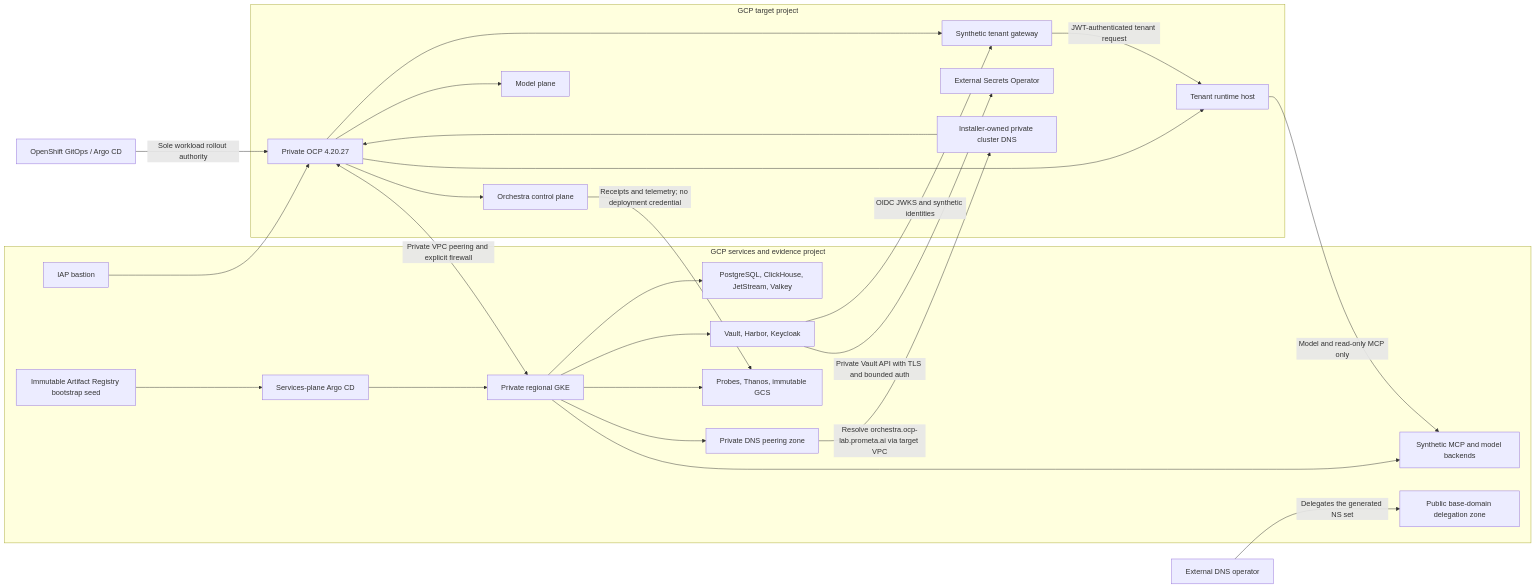
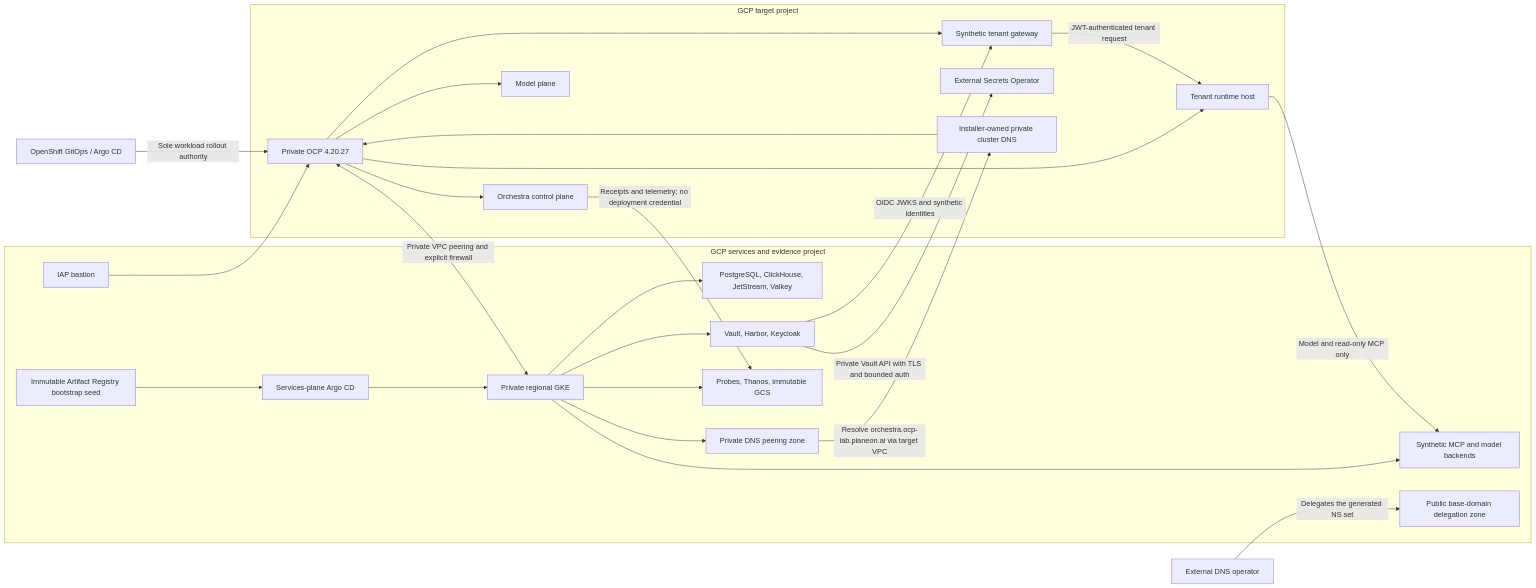
The diagram in docs/architecture.md (caglarsubas/orchestra-openshift-reference-lab), drawn with Mermaid before and after one commit. The commit also changed other lines of this file and 79 other files, not shown here.

````diff
--- a/docs/architecture.md
+++ b/docs/architecture.md
@@ -5,48 +5,48 @@
 ```mermaid
 flowchart LR
   subgraph GCP_TARGET["GCP target project"]
     OCP["Private OCP 4.20.27"]
     PLATFORM["Orchestra control plane"]
     GATEWAY["Synthetic tenant gateway"]
     RUNTIME["Tenant runtime host"]
     MODEL["Model plane"]
     ESO["External Secrets Operator"]
     PRIVATE_DNS["Installer-owned private cluster DNS"]
     OCP --> PLATFORM
     OCP --> GATEWAY
     OCP --> RUNTIME
     OCP --> MODEL
     GATEWAY -->|"JWT-authenticated tenant request"| RUNTIME
     PRIVATE_DNS --> OCP
   end
 
   subgraph GCP_SERVICES["GCP services and evidence project"]
     IAP["IAP bastion"]
     GKE["Private regional GKE"]
     DATA["PostgreSQL, ClickHouse, JetStream, Valkey"]
     SECURITY["Vault, Harbor, Keycloak"]
     SEED["Immutable Artifact Registry bootstrap seed"]
     SARGO["Services-plane Argo CD"]
     SYNTHETIC["Synthetic MCP and model backends"]
     EVIDENCE["Probes, Thanos, immutable GCS"]
     PUBLIC_DNS["Public base-domain delegation zone"]
     DNS_PEER["Private DNS peering zone"]
     GKE --> DATA
     GKE --> SECURITY
     SEED --> SARGO
     SARGO --> GKE
     GKE --> SYNTHETIC
     GKE --> EVIDENCE
     GKE --> DNS_PEER
   end
 
   REGISTRAR["External DNS operator"] -->|"Delegates the generated NS set"| PUBLIC_DNS
   IAP --> OCP
   OCP <-->|"Private VPC peering and explicit firewall"| GKE
-  DNS_PEER -->|"Resolve orchestra.ocp-lab.prometa.ai via target VPC"| PRIVATE_DNS
+  DNS_PEER -->|"Resolve orchestra.ocp-lab.planeon.ai via target VPC"| PRIVATE_DNS
   SECURITY -->|"OIDC JWKS and synthetic identities"| GATEWAY
   SECURITY -->|"Private Vault API with TLS and bounded auth"| ESO
   RUNTIME -->|"Model and read-only MCP only"| SYNTHETIC
   PLATFORM -->|"Receipts and telemetry; no deployment credential"| EVIDENCE
   ARGO["OpenShift GitOps / Argo CD"] -->|"Sole workload rollout authority"| OCP
 ```
````
